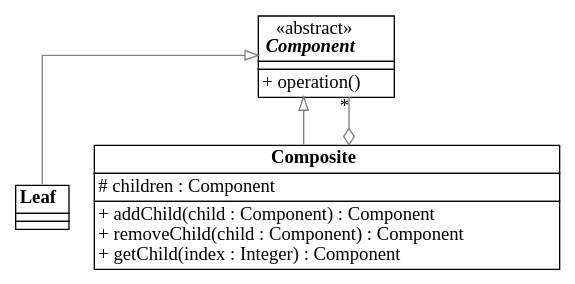
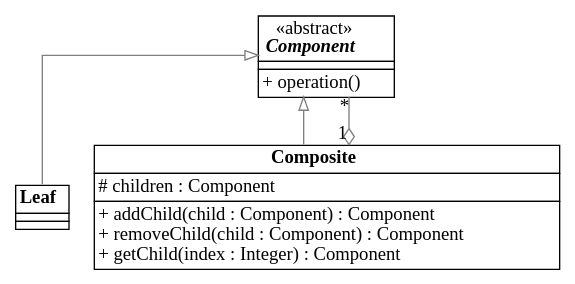
The diagram in examples/composite.dot (RyanScottLewis/ucd), drawn with Graphviz before and after one commit. The commit also changed 7 other files, not shown here.

```diff
--- a/examples/composite.dot
+++ b/examples/composite.dot
@@ -1,66 +1,66 @@
 digraph G {
   graph [splines="ortho" rankdir="BT"]
   edge [color="gray50"]
   node [shape="plain"]
 
   ClassComponent [label=<
     <TABLE BORDER="0" CELLBORDER="1" CELLSPACING="0">
       <TR>
         <TD>«abstract»<BR/><I><B>Component</B></I></TD>
       </TR>
       <TR>
         <TD></TD>
       </TR>
       <TR>
         <TD>
           <TABLE BORDER="0" CELLPADDING="0" CELLSPACING="0">
             <TR><TD ALIGN="LEFT">+ operation()</TD></TR>
           </TABLE>
         </TD>
       </TR>
     </TABLE>
   >]
 
   ClassLeaf [label=<
     <TABLE BORDER="0" CELLBORDER="1" CELLSPACING="0">
       <TR>
         <TD><B>Leaf</B></TD>
       </TR>
       <TR>
         <TD></TD>
       </TR>
       <TR>
         <TD></TD>
       </TR>
     </TABLE>
   >]
 
   ClassComposite [label=<
     <TABLE BORDER="0" CELLBORDER="1" CELLSPACING="0">
       <TR>
         <TD><B>Composite</B></TD>
       </TR>
       <TR>
         <TD>
           <TABLE BORDER="0" CELLPADDING="0" CELLSPACING="0">
             <TR><TD ALIGN="LEFT"># children : Component</TD></TR>
           </TABLE>
         </TD>
       </TR>
       <TR>
         <TD>
           <TABLE BORDER="0" CELLPADDING="0" CELLSPACING="0">
             <TR><TD ALIGN="LEFT">+ addChild(child : Component) : Component</TD></TR>
             <TR><TD ALIGN="LEFT">+ removeChild(child : Component) : Component</TD></TR>
             <TR><TD ALIGN="LEFT">+ getChild(index : Integer) : Component</TD></TR>
           </TABLE>
         </TD>
       </TR>
     </TABLE>
   >]
 
   ClassLeaf -> ClassComponent [arrowhead="onormal"]
   ClassComposite -> ClassComponent [arrowhead="onormal"]
 
-  ClassComposite -> ClassComponent [dir="back" arrowtail="odiamond" headlabel="*"]
+  ClassComposite -> ClassComponent [dir="back" taillabel="1" headlabel="*" arrowtail="odiamond"]
 }
```
